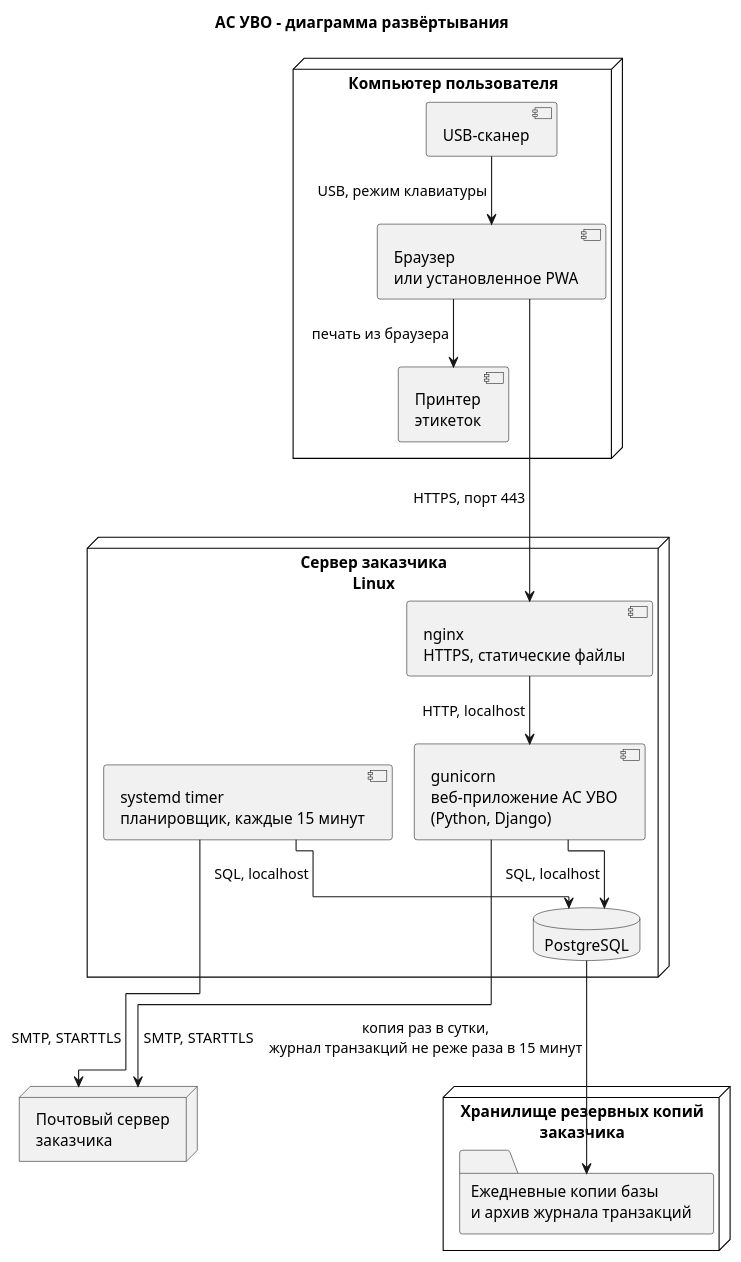
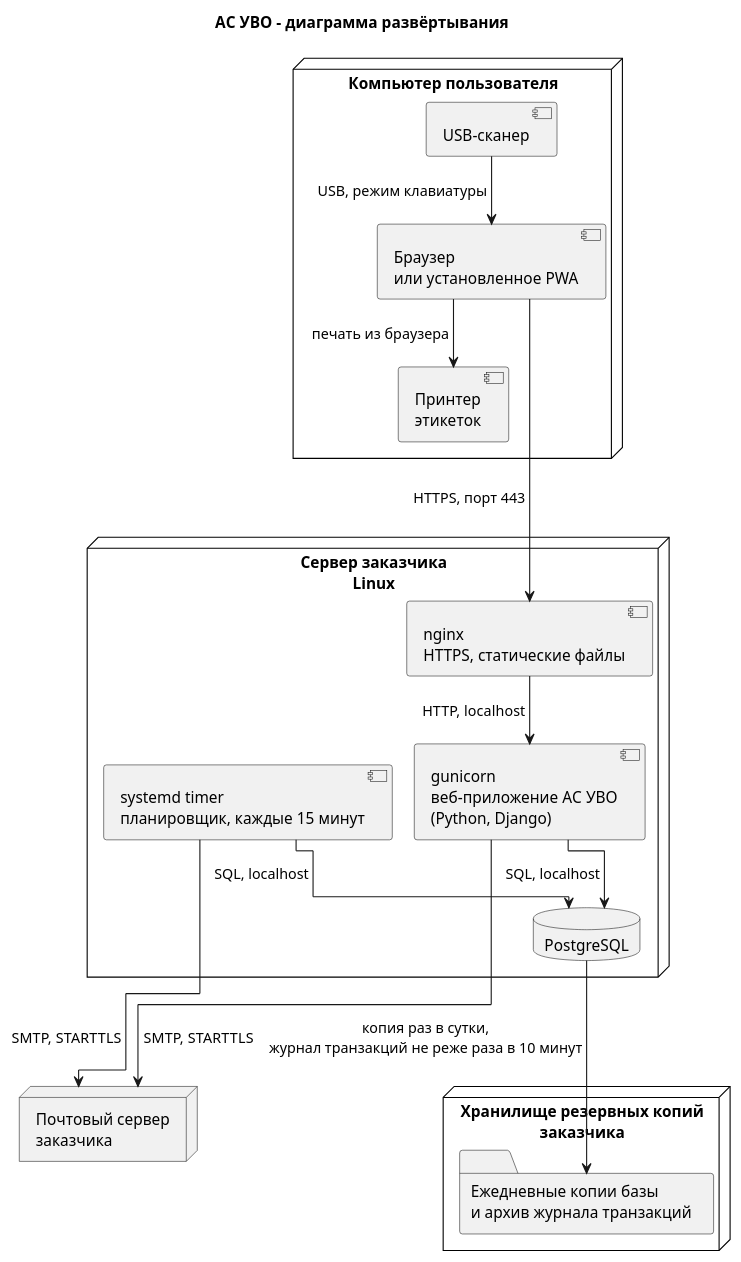
Before and after one commit to Rezak159/project-management: the diagram in Lab2/docs/diagrams/deployment.puml, drawn with PlantUML. The commit also changed 30 other files, not shown here.

```diff
--- a/Lab2/docs/diagrams/deployment.puml
+++ b/Lab2/docs/diagrams/deployment.puml
@@ -1,36 +1,36 @@
 @startuml
 !pragma layout elk
 title АС УВО – диаграмма развёртывания
 skinparam shadowing false
 skinparam defaultFontName Arial
 skinparam componentStyle uml2
 
 node "Компьютер пользователя" as PC {
   component "Браузер\nили установленное PWA" as BR
   component "USB-сканер" as SC
   component "Принтер\nэтикеток" as PR
 }
 
 node "Сервер заказчика\nLinux" as SRV {
   component "nginx\nHTTPS, статические файлы" as NGX
   component "gunicorn\nвеб-приложение АС УВО\n(Python, Django)" as APPS
   database "PostgreSQL" as DB
   component "systemd timer\nпланировщик, каждые 15 минут" as TMR
 }
 
 node "Хранилище резервных копий\nзаказчика" as BAK {
   folder "Ежедневные копии базы\nи архив журнала транзакций" as ARC
 }
 
 node "Почтовый сервер\nзаказчика" as MAIL
 
 SC --> BR : USB, режим клавиатуры
 BR --> PR : печать из браузера
 BR --> NGX : HTTPS, порт 443
 NGX --> APPS : HTTP, localhost
 APPS --> DB : SQL, localhost
 TMR --> DB : SQL, localhost
 TMR --> MAIL : SMTP, STARTTLS
 APPS --> MAIL : SMTP, STARTTLS
-DB --> ARC : копия раз в сутки,\nжурнал транзакций не реже раза в 15 минут
+DB --> ARC : копия раз в сутки,\nжурнал транзакций не реже раза в 10 минут
 @enduml
```
